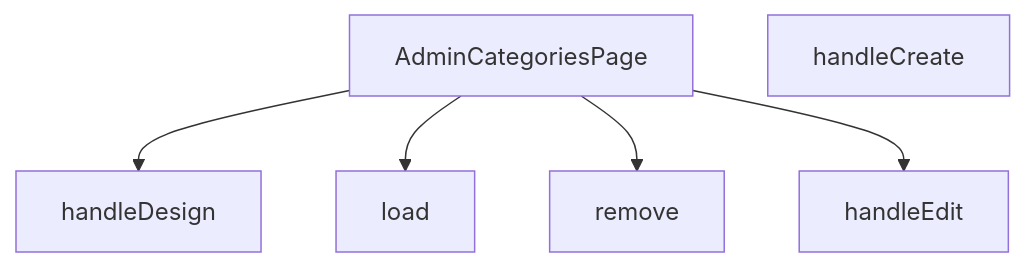
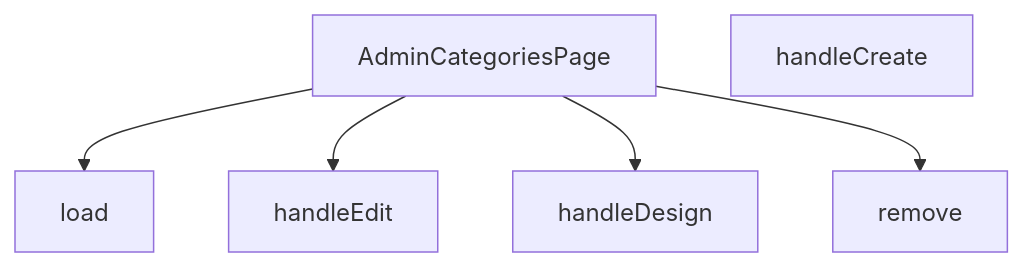
Before and after one commit to peckop/venthub-hvac-esite: the diagram in src/views/admin/AdminCategoriesPage.md, drawn with Mermaid. The commit also changed other lines of this file and 113 other files, not shown here.

````diff
--- a/src/views/admin/AdminCategoriesPage.md
+++ b/src/views/admin/AdminCategoriesPage.md
@@ -227,13 +134,13 @@
 ```mermaid
 graph TD
     AdminCategoriesPage_tsx__AdminCategoriesPage["AdminCategoriesPage"]
     AdminCategoriesPage_tsx__handleCreate["handleCreate"]
     AdminCategoriesPage_tsx__handleDesign["handleDesign"]
     AdminCategoriesPage_tsx__handleEdit["handleEdit"]
     AdminCategoriesPage_tsx__load["load"]
     AdminCategoriesPage_tsx__remove["remove"]
+    AdminCategoriesPage_tsx__AdminCategoriesPage --> AdminCategoriesPage_tsx__load
+    AdminCategoriesPage_tsx__AdminCategoriesPage --> AdminCategoriesPage_tsx__handleEdit
     AdminCategoriesPage_tsx__AdminCategoriesPage --> AdminCategoriesPage_tsx__handleDesign
-    AdminCategoriesPage_tsx__AdminCategoriesPage --> AdminCategoriesPage_tsx__load
     AdminCategoriesPage_tsx__AdminCategoriesPage --> AdminCategoriesPage_tsx__remove
-    AdminCategoriesPage_tsx__AdminCategoriesPage --> AdminCategoriesPage_tsx__handleEdit
 ```
````
